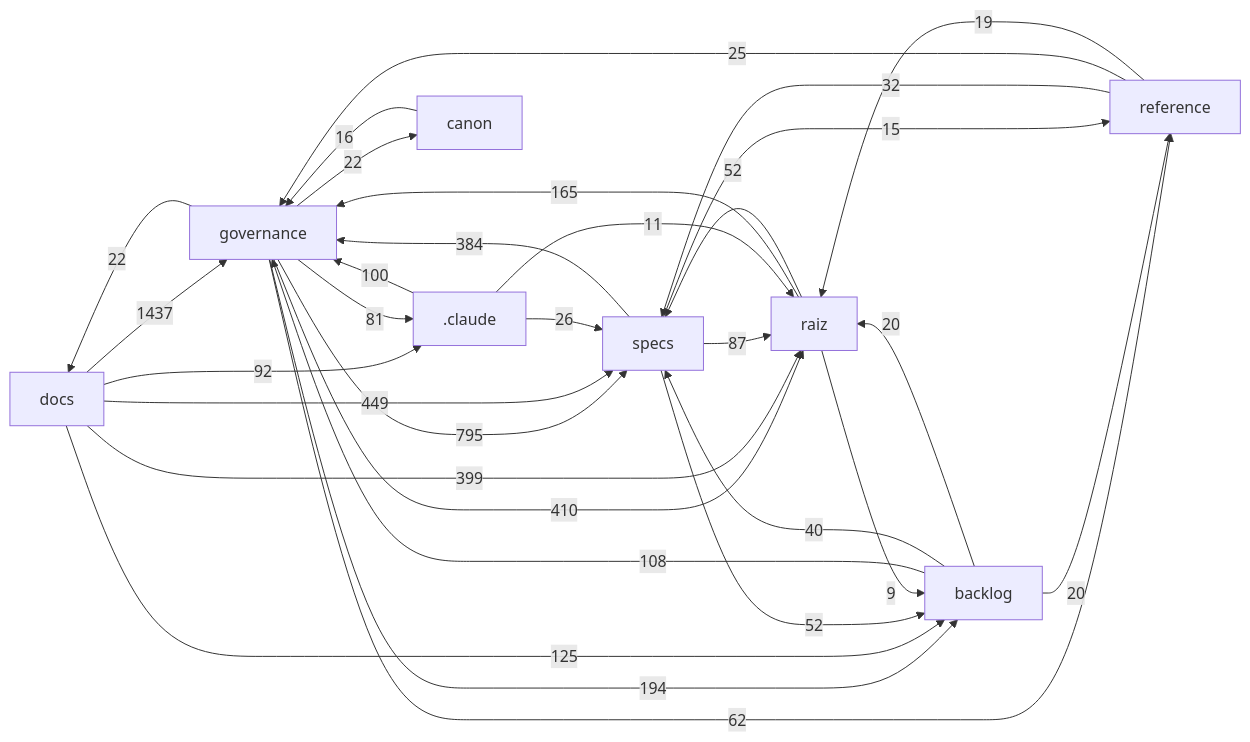
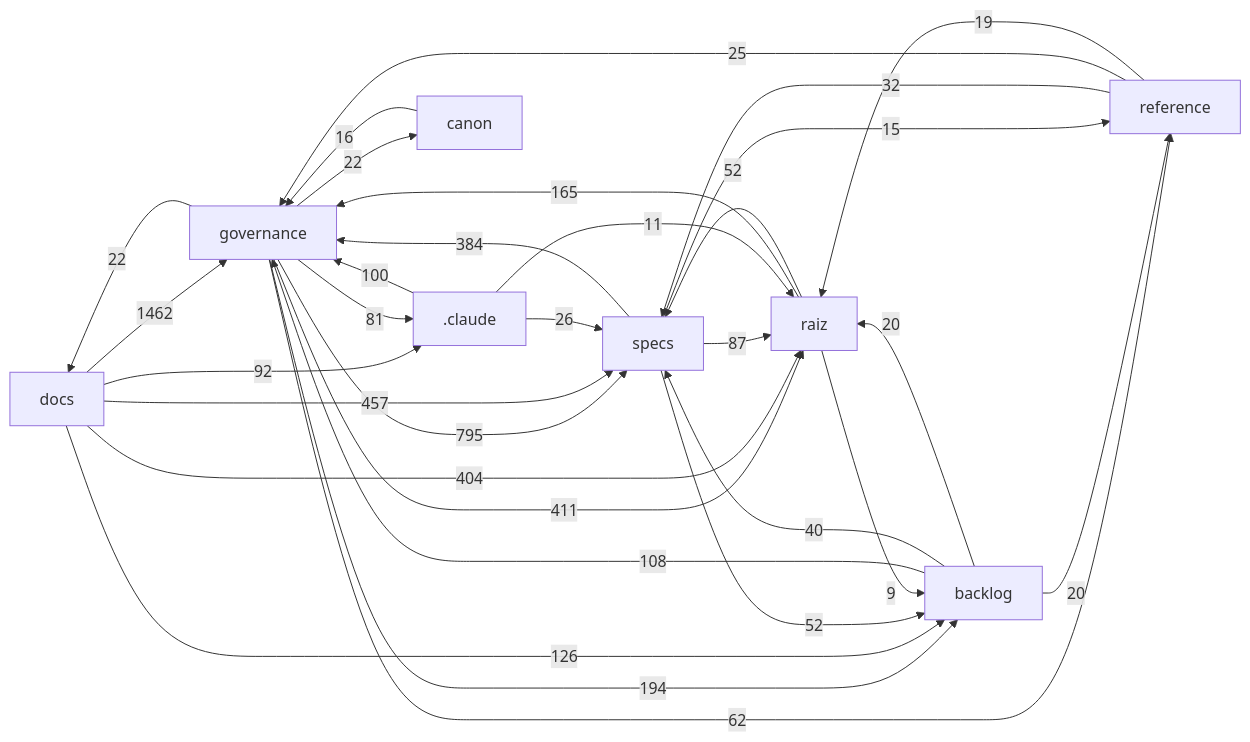
One commit to Andraus35/Sistema-Operacional-de-Trading--SOT changed the diagram in docs/mapa/MAPA-PROJETO.md. Above: the diagram before and after it, drawn with Mermaid. The commit also changed other lines of this file and 5 other files, not shown here.

````diff
--- a/docs/mapa/MAPA-PROJETO.md
+++ b/docs/mapa/MAPA-PROJETO.md
@@ -29,33 +29,33 @@
 ```mermaid
 flowchart LR
-  docs["docs"] -->|1437| governance["governance"]
+  docs["docs"] -->|1462| governance["governance"]
   governance["governance"] -->|795| specs["specs"]
-  docs["docs"] -->|449| specs["specs"]
-  governance["governance"] -->|410| raiz["raiz"]
-  docs["docs"] -->|399| raiz["raiz"]
+  docs["docs"] -->|457| specs["specs"]
+  governance["governance"] -->|411| raiz["raiz"]
+  docs["docs"] -->|404| raiz["raiz"]
   specs["specs"] -->|384| governance["governance"]
   governance["governance"] -->|194| backlog["backlog"]
   raiz["raiz"] -->|165| governance["governance"]
-  docs["docs"] -->|125| backlog["backlog"]
+  docs["docs"] -->|126| backlog["backlog"]
   backlog["backlog"] -->|108| governance["governance"]
   _claude[".claude"] -->|100| governance["governance"]
   docs["docs"] -->|92| _claude[".claude"]
   specs["specs"] -->|87| raiz["raiz"]
   governance["governance"] -->|81| _claude[".claude"]
   governance["governance"] -->|62| reference["reference"]
   raiz["raiz"] -->|52| specs["specs"]
   specs["specs"] -->|52| backlog["backlog"]
   backlog["backlog"] -->|40| specs["specs"]
   reference["reference"] -->|32| specs["specs"]
   _claude[".claude"] -->|26| specs["specs"]
   reference["reference"] -->|25| governance["governance"]
   governance["governance"] -->|22| docs["docs"]
   governance["governance"] -->|22| canon["canon"]
   backlog["backlog"] -->|20| raiz["raiz"]
   backlog["backlog"] -->|20| reference["reference"]
   reference["reference"] -->|19| raiz["raiz"]
   canon["canon"] -->|16| governance["governance"]
   specs["specs"] -->|15| reference["reference"]
   _claude[".claude"] -->|11| raiz["raiz"]
   raiz["raiz"] -->|9| backlog["backlog"]
 ```
````
